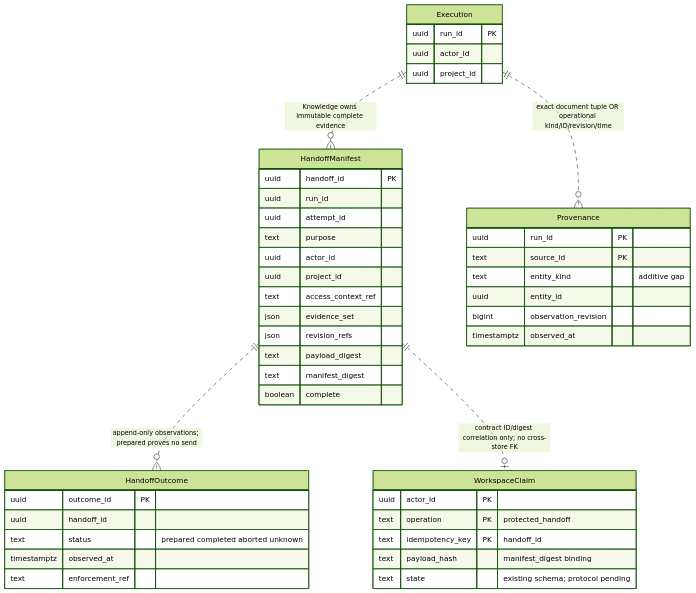
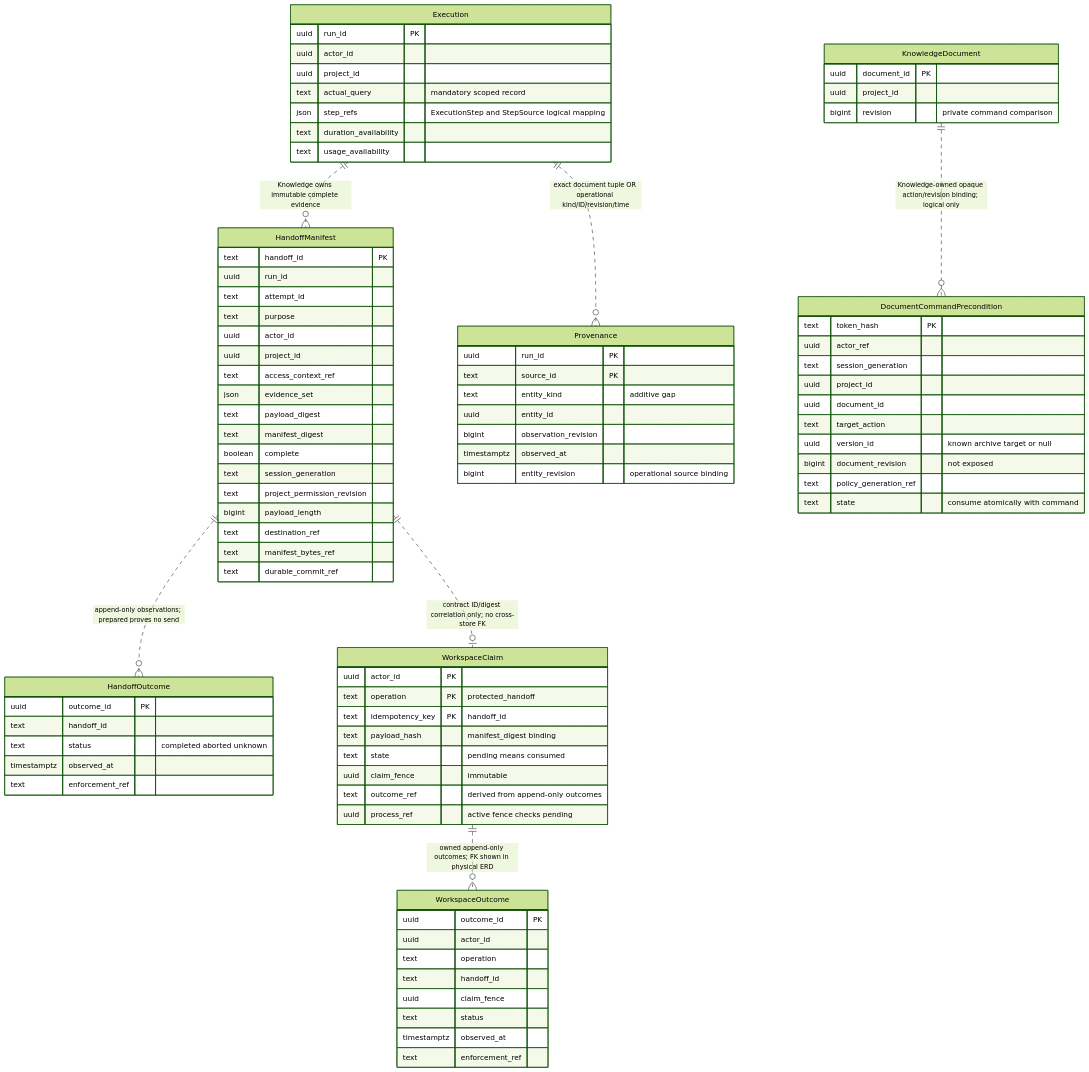
Before and after one commit to 900M100CK/scrum-workspace-KMS-ai: the diagram in docs/sdlc/diagrams/data/handoff-logical-model.mmd, drawn with Mermaid (forest theme). The commit also changed 141 other files, not shown here.

```diff
--- a/docs/sdlc/diagrams/data/handoff-logical-model.mmd
+++ b/docs/sdlc/diagrams/data/handoff-logical-model.mmd
@@ -1,52 +1,94 @@
 %% Origin: docs/sdlc/diagrams/design-foundation-2026-10-17.md v0.1
-%% DGM-DATA-03 v0.1 Draft - 17 October 2026
-%% Sources: DGM-DESIGN-01 v0.1; PRD-01 v0.9; UC-02 v0.6; SAD-03 v0.12; DATA-04 v0.6; ADR-0011; ADR-0012; ADR-0013
+%% DGM-DATA-03 v0.5 Draft - 18 October 2026
+%% Sources: DGM-DESIGN-01 v0.1; PRD-01 v0.9; UC-02 v0.7; SAD-03 v0.15; DATA-04 v0.11; ADR-0011; ADR-0012; ADR-0013; ADR-0020; ADR-0021; ADR-0022; ADR-0023
 %% Trace: FR-57, FR-59, FR-67; BR-08–BR-12, BR-14; TC-26
-%% Scope: Logical model additions and service-owned claim correlation. Dashed associations are logical, NOT database foreign keys.
-%% Legend: HandoffManifest/Outcome need additive migration. Workspace claim maps to existing idempotency_record, not a new chosen table. Physical-purge locator tombstone design remains open.
+%% Scope: Logical correlations and still-pending inspection/token additions. Dashed links are not cross-store FKs. Handoff preparation/claim storage now has additive migrations; handlers remain absent.
+%% Legend: Knowledge 003 stores immutable manifests/outcomes; Workspace 004 reserves permanent idempotency claims and local outcomes. Inspection steps, command preconditions and physical-purge tombstones remain gaps.
 erDiagram
     Execution {
         uuid run_id PK
         uuid actor_id
         uuid project_id
+        text actual_query "mandatory scoped record"
+        json step_refs "ExecutionStep and StepSource logical mapping"
+        text duration_availability
+        text usage_availability
     }
     HandoffManifest {
-        uuid handoff_id PK
+        text handoff_id PK
         uuid run_id
-        uuid attempt_id
+        text attempt_id
         text purpose
         uuid actor_id
         uuid project_id
         text access_context_ref
         json evidence_set
-        json revision_refs
         text payload_digest
         text manifest_digest
         boolean complete
+        text session_generation
+        text project_permission_revision
+        bigint payload_length
+        text destination_ref
+        text manifest_bytes_ref
+        text durable_commit_ref
     }
     HandoffOutcome {
         uuid outcome_id PK
-        uuid handoff_id
-        text status "prepared completed aborted unknown"
+        text handoff_id
+        text status "completed aborted unknown"
         timestamptz observed_at
         text enforcement_ref
     }
     WorkspaceClaim {
         uuid actor_id PK
         text operation PK "protected_handoff"
         text idempotency_key PK "handoff_id"
         text payload_hash "manifest_digest binding"
-        text state "existing schema; protocol pending"
+        text state "pending means consumed"
+        uuid claim_fence "immutable"
+        text outcome_ref "derived from append-only outcomes"
+        uuid process_ref "active fence checks pending"
     }
     Provenance {
         uuid run_id PK
         text source_id PK
         text entity_kind "additive gap"
         uuid entity_id
         bigint observation_revision
         timestamptz observed_at
+        bigint entity_revision "operational source binding"
+    }
+    KnowledgeDocument {
+        uuid document_id PK
+        uuid project_id
+        bigint revision "private command comparison"
+    }
+    DocumentCommandPrecondition {
+        text token_hash PK
+        uuid actor_ref
+        text session_generation
+        uuid project_id
+        uuid document_id
+        text target_action
+        uuid version_id "known archive target or null"
+        bigint document_revision "not exposed"
+        text policy_generation_ref
+        text state "consume atomically with command"
+    }
+    WorkspaceOutcome {
+        uuid outcome_id PK
+        uuid actor_id
+        text operation
+        text handoff_id
+        uuid claim_fence
+        text status
+        timestamptz observed_at
+        text enforcement_ref
     }
     Execution ||..o{ HandoffManifest : "Knowledge owns immutable complete evidence"
     HandoffManifest ||..o{ HandoffOutcome : "append-only observations; prepared proves no send"
     HandoffManifest ||..o| WorkspaceClaim : "contract ID/digest correlation only; no cross-store FK"
     Execution ||..o{ Provenance : "exact document tuple OR operational kind/ID/revision/time"
+    KnowledgeDocument ||..o{ DocumentCommandPrecondition : "Knowledge-owned opaque action/revision binding; logical only"
+    WorkspaceClaim ||..o{ WorkspaceOutcome : "owned append-only outcomes; FK shown in physical ERD"
```
